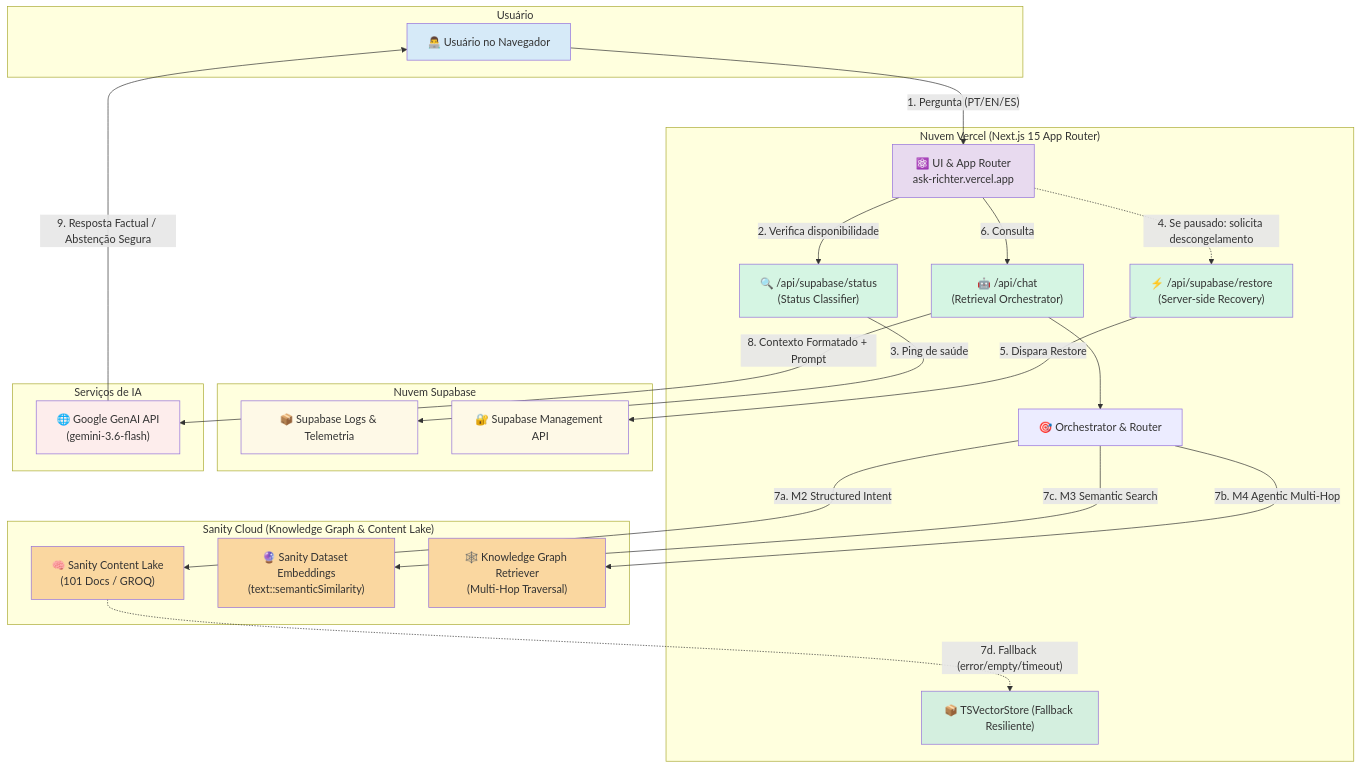
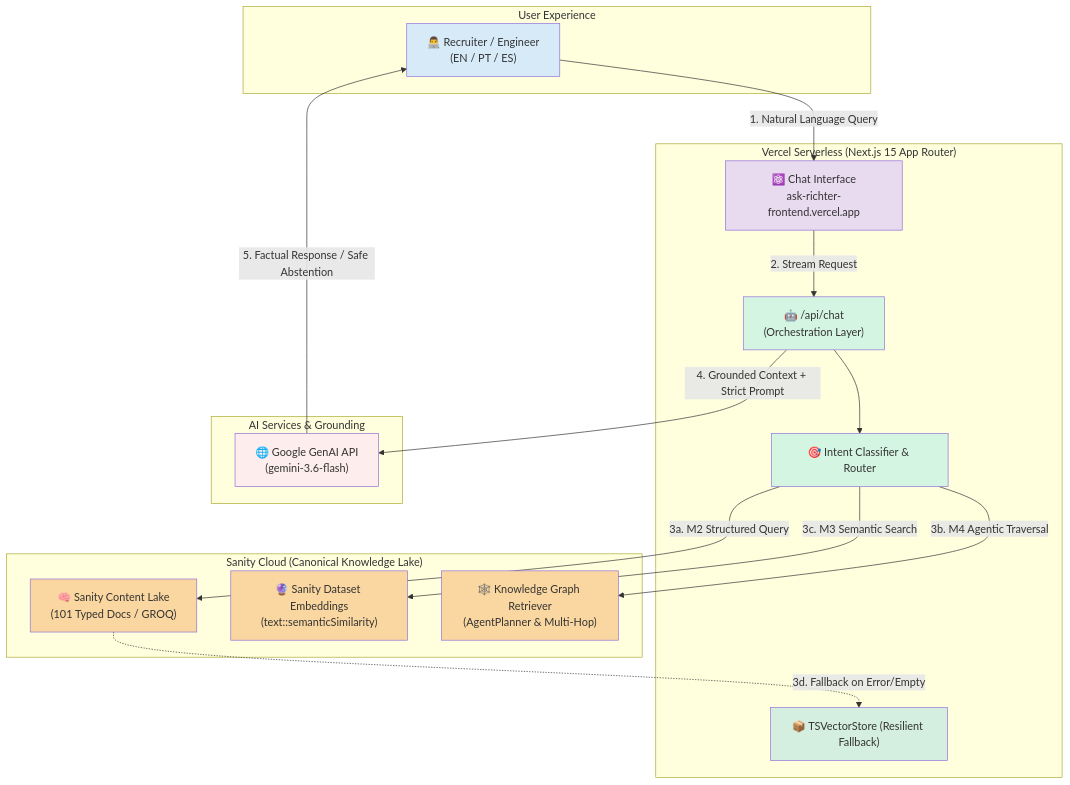
One commit to lfrichter/ask-richter changed the diagram in README.md. Above: the diagram before and after it, drawn with Mermaid. The commit also changed other lines of this file and 11 other files, not shown here.

````diff
--- a/README.md
+++ b/README.md
@@ -126,61 +46,45 @@
 ```mermaid
 graph TD
-    subgraph "Usuário"
-        User["👨‍💻 Usuário no Navegador"]
+    subgraph "User Experience"
+        User["👨‍💻 Recruiter / Engineer<br>(EN / PT / ES)"]
     end
 
-    subgraph "Nuvem Vercel (Next.js 15 App Router)"
-        Frontend["⚛️ UI & App Router<br>ask-richter.vercel.app"]
-        StatusApi["🔍 /api/supabase/status<br>(Status Classifier)"]
-        RestoreApi["⚡ /api/supabase/restore<br>(Server-side Recovery)"]
-        ChatApi["🤖 /api/chat<br>(Retrieval Orchestrator)"]
-        Orchestrator["🎯 Orchestrator & Router"]
-        TSVec["📦 TSVectorStore (Fallback Resiliente)"]
+    subgraph "Vercel Serverless (Next.js 15 App Router)"
+        Frontend["⚛️ Chat Interface<br>ask-richter-frontend.vercel.app"]
+        ChatApi["🤖 /api/chat<br>(Orchestration Layer)"]
+        Router["🎯 Intent Classifier & Router"]
+        TSVec["📦 TSVectorStore (Resilient Fallback)"]
     end
 
-    subgraph "Sanity Cloud (Knowledge Graph & Content Lake)"
-        SanityLake["🧠 Sanity Content Lake<br>(101 Docs / GROQ)"]
+    subgraph "Sanity Cloud (Canonical Knowledge Lake)"
+        SanityLake["🧠 Sanity Content Lake<br>(101 Typed Docs / GROQ)"]
         SanityEmb["🔮 Sanity Dataset Embeddings<br>(text::semanticSimilarity)"]
-        KnowledgeGraph["🕸️ Knowledge Graph Retriever<br>(Multi-Hop Traversal)"]
+        KnowledgeGraph["🕸️ Knowledge Graph Retriever<br>(AgentPlanner & Multi-Hop)"]
     end
 
-    subgraph "Nuvem Supabase"
-        SupabaseREST["📦 Supabase Logs & Telemetria"]
-        SupabaseMgmt["🔐 Supabase Management API"]
-    end
-
-    subgraph "Serviços de IA"
+    subgraph "AI Services & Grounding"
         GeminiAPI["🌐 Google GenAI API<br>(gemini-3.6-flash)"]
     end
 
-    User -- "1. Pergunta (PT/EN/ES)" --> Frontend
-    Frontend -- "2. Verifica disponibilidade" --> StatusApi
-    StatusApi -- "3. Ping de saúde" --> SupabaseREST
+    User -- "1. Natural Language Query" --> Frontend
+    Frontend -- "2. Stream Request" --> ChatApi
+    ChatApi --> Router
 
-    Frontend -. "4. Se pausado: solicita descongelamento" .-> RestoreApi
-    RestoreApi -- "5. Dispara Restore" --> SupabaseMgmt
+    Router -- "3a. M2 Structured Query" --> SanityLake
+    Router -- "3b. M4 Agentic Traversal" --> KnowledgeGraph
+    Router -- "3c. M3 Semantic Search" --> SanityEmb
+    SanityLake -. "3d. Fallback on Error/Empty" .-> TSVec
 
-    Frontend -- "6. Consulta" --> ChatApi
-    ChatApi --> Orchestrator
-
-    Orchestrator -- "7a. M2 Structured Intent" --> SanityLake
-    Orchestrator -- "7b. M4 Agentic Multi-Hop" --> KnowledgeGraph
-    Orchestrator -- "7c. M3 Semantic Search" --> SanityEmb
-    SanityLake -. "7d. Fallback (error/empty/timeout)" .-> TSVec
-
-    ChatApi -- "8. Contexto Formatado + Prompt" --> GeminiAPI
-    GeminiAPI -- "9. Resposta Factual / Abstenção Segura" --> User
+    ChatApi -- "4. Grounded Context + Strict Prompt" --> GeminiAPI
+    GeminiAPI -- "5. Factual Response / Safe Abstention" --> User
 
     style User fill:#D6EAF8
     style Frontend fill:#E8DAEF
-    style StatusApi fill:#D5F5E3
-    style RestoreApi fill:#D5F5E3
     style ChatApi fill:#D5F5E3
+    style Router fill:#D5F5E3
     style SanityLake fill:#FAD7A0
     style SanityEmb fill:#FAD7A0
     style KnowledgeGraph fill:#FAD7A0
     style TSVec fill:#D4EFDF
-    style SupabaseREST fill:#FEF9E7
-    style SupabaseMgmt fill:#FEF9E7
     style GeminiAPI fill:#FDEDEC
 ```
````
